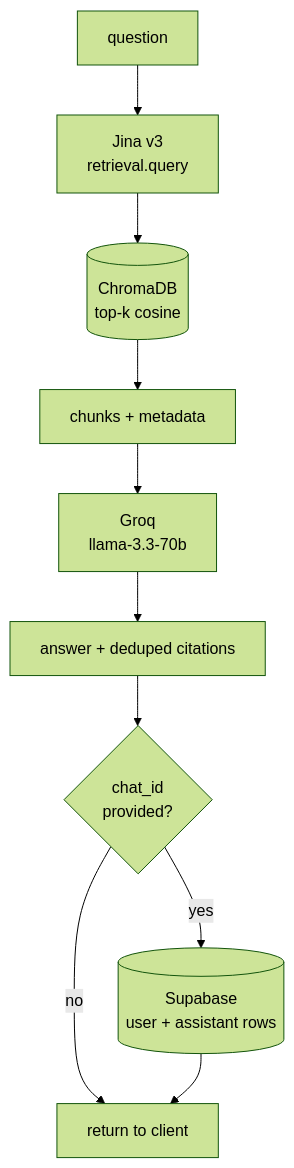
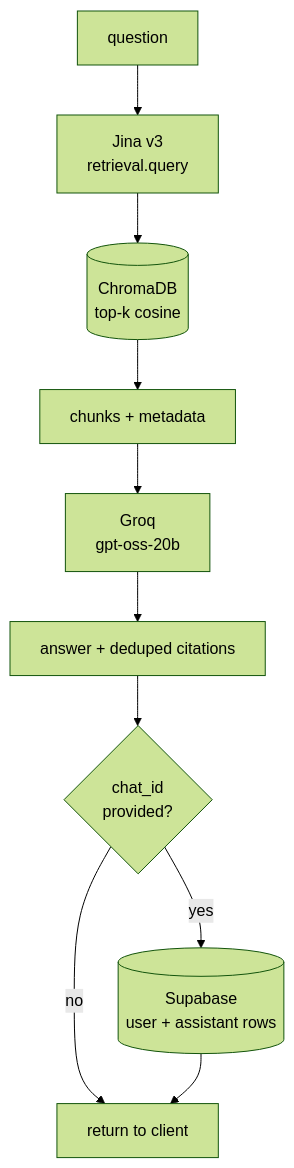
Before and after one commit to Abhishek-k03/Scrybe: the third of 4 diagrams in README.md, drawn with Mermaid (forest theme). The commit also changed other lines of this file and 4 other files, not shown here.

First line of the commit message:
llm: groq retired llama 3.3, move generation to gpt-oss-20b

````diff
--- a/README.md
+++ b/README.md
@@ -68,12 +68,12 @@
 ```mermaid
 flowchart TB
     Q["question"] --> QEMB["Jina v3<br/>retrieval.query"]
     QEMB --> SEARCH[("ChromaDB<br/>top-k cosine")]
     SEARCH --> CHUNKS["chunks + metadata"]
-    CHUNKS --> LLM["Groq<br/>llama-3.3-70b"]
+    CHUNKS --> LLM["Groq<br/>gpt-oss-20b"]
     LLM --> ANS["answer + deduped citations"]
     ANS --> COND{"chat_id<br/>provided?"}
     COND -->|yes| SUPA[("Supabase<br/>user + assistant rows")]
     COND -->|no| RESP["return to client"]
     SUPA --> RESP
 ```
````
